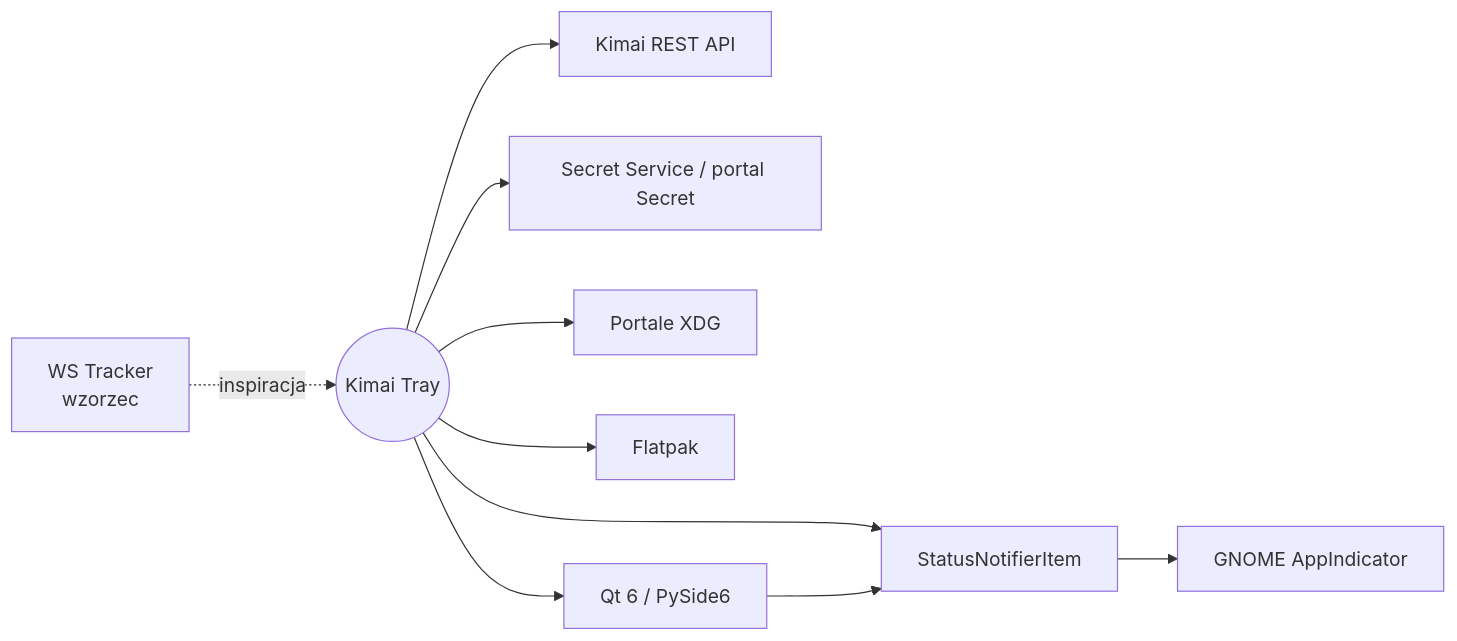
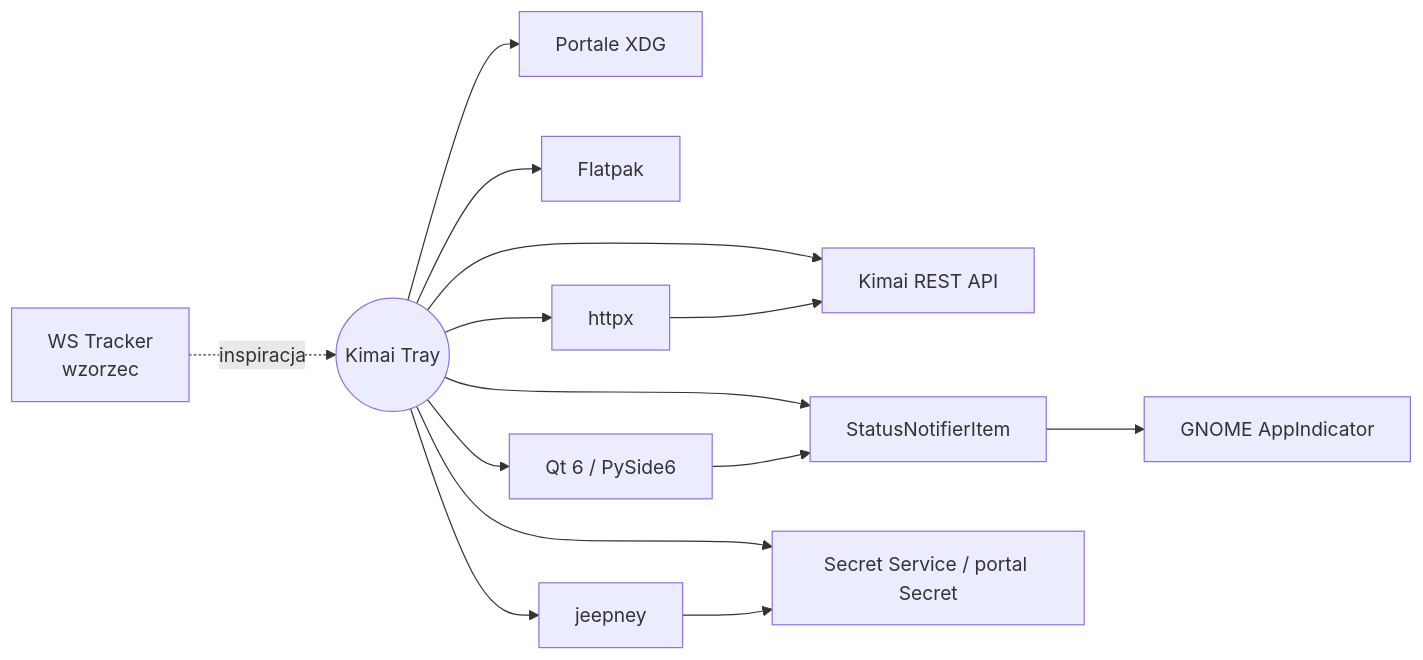
One commit to DragonKing026/DK-Tracker-Linux changed the diagram in docs/integracje/README.md. Above: the diagram before and after it, drawn with Mermaid. The commit also changed other lines of this file, not shown here.

````diff
--- a/docs/integracje/README.md
+++ b/docs/integracje/README.md
@@ -13,13 +13,15 @@
 ```mermaid
 flowchart LR
     APP((Kimai Tray))
     APP --> K[Kimai REST API]
     APP --> SNI[StatusNotifierItem]
     SNI --> GN[GNOME AppIndicator]
     APP --> SEC[Secret Service / portal Secret]
     APP --> POR[Portale XDG]
     APP --> FP[Flatpak]
     APP --> QT[Qt 6 / PySide6]
+    APP --> HX[httpx] --> K
+    APP --> JP[jeepney] --> SEC
     QT --> SNI
     REF[WS Tracker<br/>wzorzec] -. inspiracja .-> APP
 ```
````
